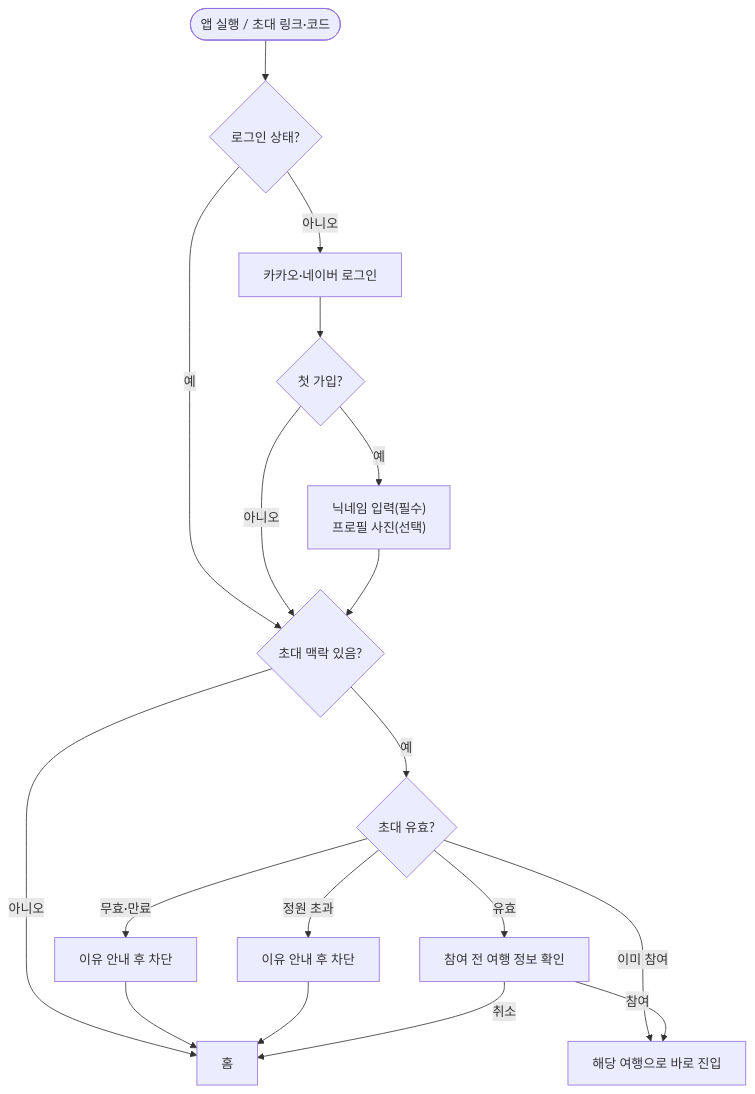
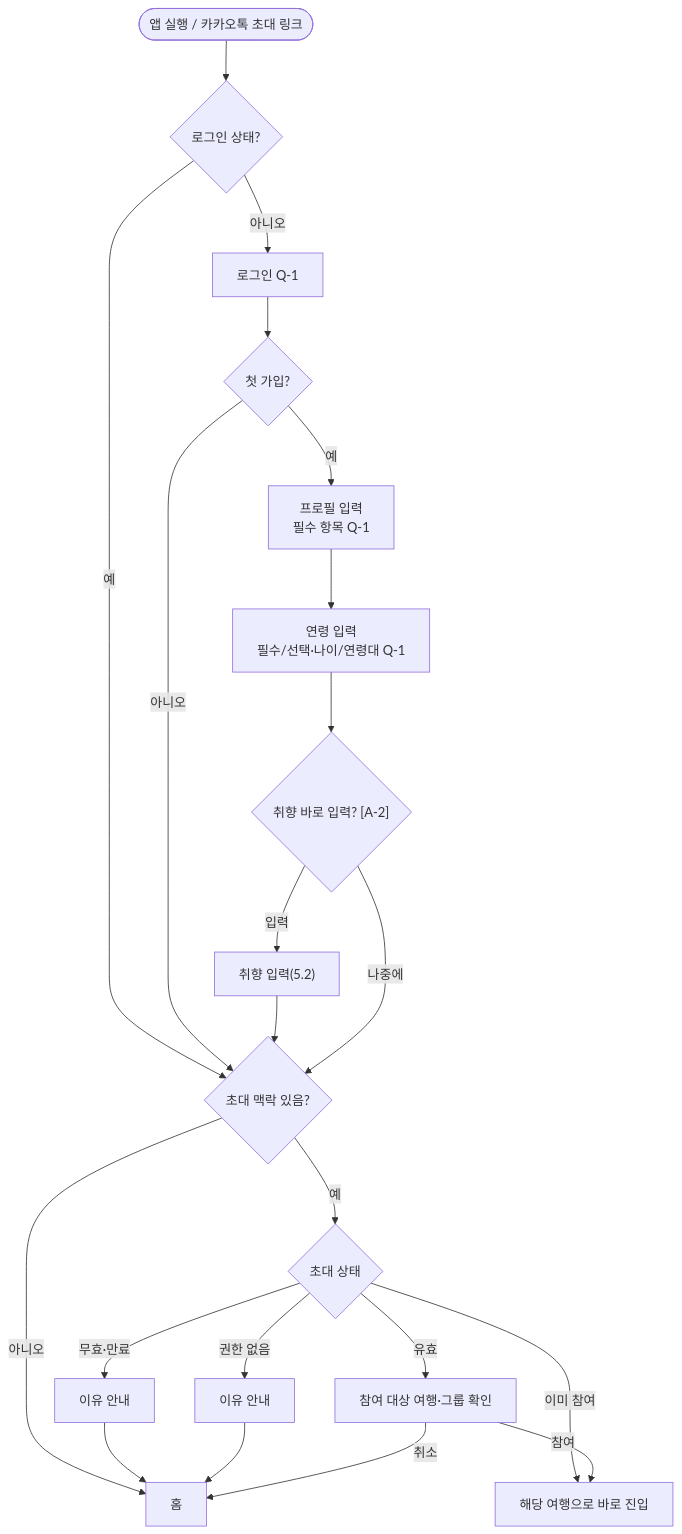
One commit to a204-eodilog/eodilog changed the third of 24 diagrams in docs/flow/user-flow.md. Above: the diagram before and after it, drawn with Mermaid. The commit also changed other lines of this file, not shown here.

````diff
--- a/docs/flow/user-flow.md
+++ b/docs/flow/user-flow.md
@@ -55,18 +75,21 @@
 ```mermaid
 flowchart TD
-    S(["앱 실행 / 초대 링크·코드"]) --> L{"로그인 상태?"}
+    S(["앱 실행 / 카카오톡 초대 링크"]) --> L{"로그인 상태?"}
     L -- "예" --> INV{"초대 맥락 있음?"}
-    L -- "아니오" --> SNS["카카오·네이버 로그인"]
-    SNS --> NEW{"첫 가입?"}
-    NEW -- "예" --> NICK["닉네임 입력(필수)<br/>프로필 사진(선택)"]
+    L -- "아니오" --> AUTH["로그인 Q-1"]
+    AUTH --> NEW{"첫 가입?"}
     NEW -- "아니오" --> INV
-    NICK --> INV
+    NEW -- "예" --> PROF["프로필 입력<br/>필수 항목 Q-1"]
+    PROF --> AGE["연령 입력<br/>필수/선택·나이/연령대 Q-1"]
+    AGE --> TASTE{"취향 바로 입력? [A-2]"}
+    TASTE -- "입력" --> TI["취향 입력(5.2)"] --> INV
+    TASTE -- "나중에" --> INV
     INV -- "아니오" --> HOME["홈"]
-    INV -- "예" --> CHK{"초대 유효?"}
-    CHK -- "무효·만료" --> ERR1["이유 안내 후 차단"] --> HOME
-    CHK -- "정원 초과" --> ERR2["이유 안내 후 차단"] --> HOME
+    INV -- "예" --> CHK{"초대 상태"}
+    CHK -- "무효·만료" --> E1["이유 안내"] --> HOME
+    CHK -- "권한 없음" --> E2["이유 안내"] --> HOME
     CHK -- "이미 참여" --> TRIP["해당 여행으로 바로 진입"]
-    CHK -- "유효" --> PRE["참여 전 여행 정보 확인"]
+    CHK -- "유효" --> PRE["참여 대상 여행·그룹 확인"]
     PRE -- "참여" --> TRIP
     PRE -- "취소" --> HOME
 ```
````
